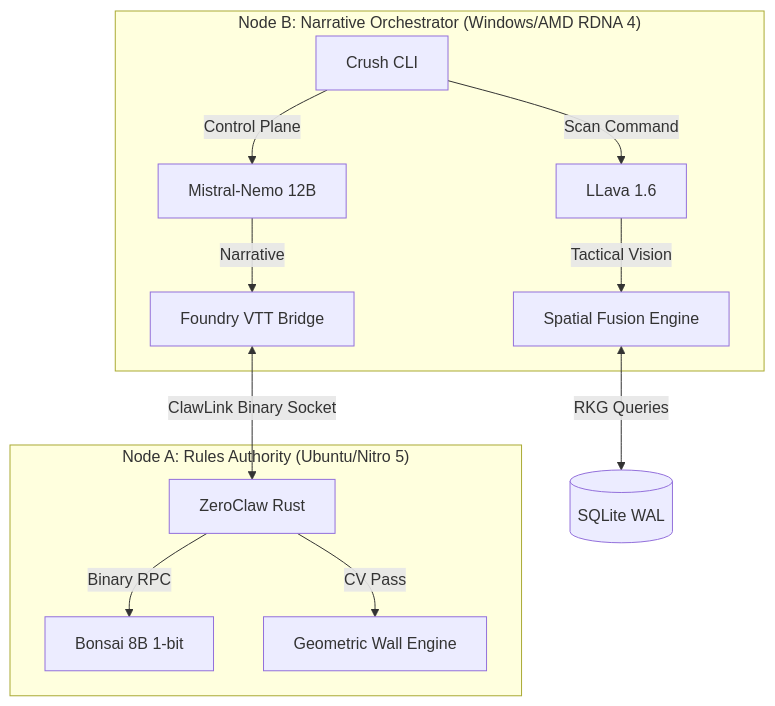
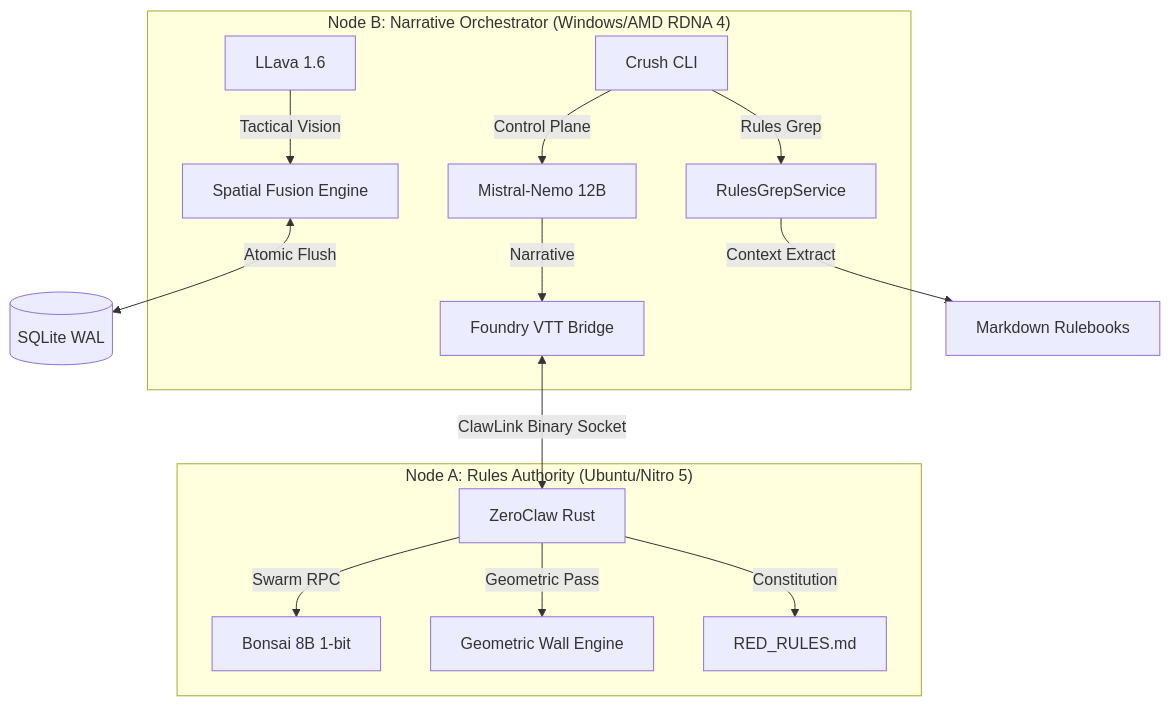
One commit to maczzzzzzz/50V3R31GN-M4CH1N4 changed the diagram in README.md. Above: the diagram before and after it, drawn with Mermaid. The commit also changed other lines of this file and 1 other file, not shown here.

Commit message:
chore: finalize v1.0.0 world engine baseline and documentation sync

````diff
--- a/README.md
+++ b/README.md
@@ -6,17 +6,19 @@
 ```mermaid
 graph TD
     subgraph "Node B: Narrative Orchestrator (Windows/AMD RDNA 4)"
         A[Mistral-Nemo 12B] -->|Narrative| B[Foundry VTT Bridge]
         C[LLava 1.6] -->|Tactical Vision| D[Spatial Fusion Engine]
         E[Crush CLI] -->|Control Plane| A
-        E -->|Scan Command| C
+        E -->|Rules Grep| J[RulesGrepService]
     end
 
     subgraph "Node A: Rules Authority (Ubuntu/Nitro 5)"
-        F[ZeroClaw Rust] -->|Binary RPC| G[Bonsai 8B 1-bit]
-        F -->|CV Pass| H[Geometric Wall Engine]
+        F[ZeroClaw Rust] -->|Swarm RPC| G[Bonsai 8B 1-bit]
+        F -->|Geometric Pass| H[Geometric Wall Engine]
+        F -->|Constitution| K[RED_RULES.md]
     end
 
     B <-->|ClawLink Binary Socket| F
-    D <-->|RKG Queries| I[(SQLite WAL)]
+    D <-->|Atomic Flush| I[(SQLite WAL)]
+    J -->|Context Extract| L[Markdown Rulebooks]
 ```
````
